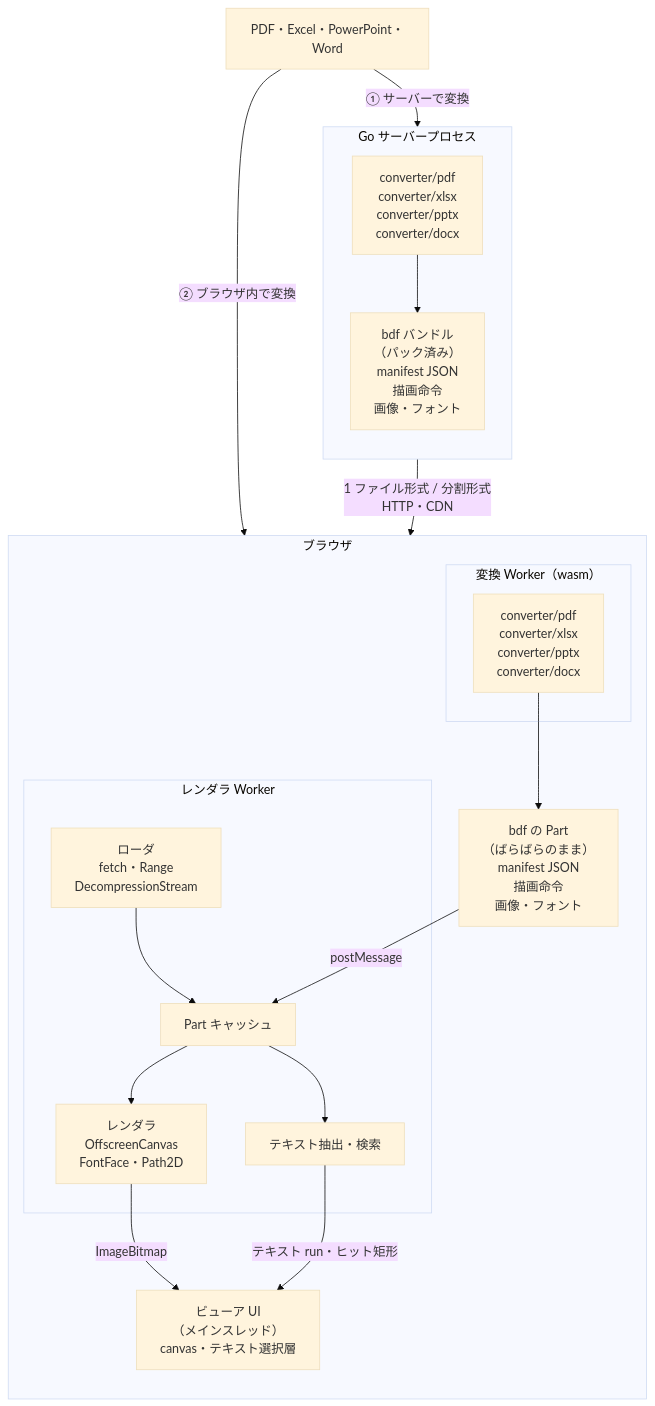
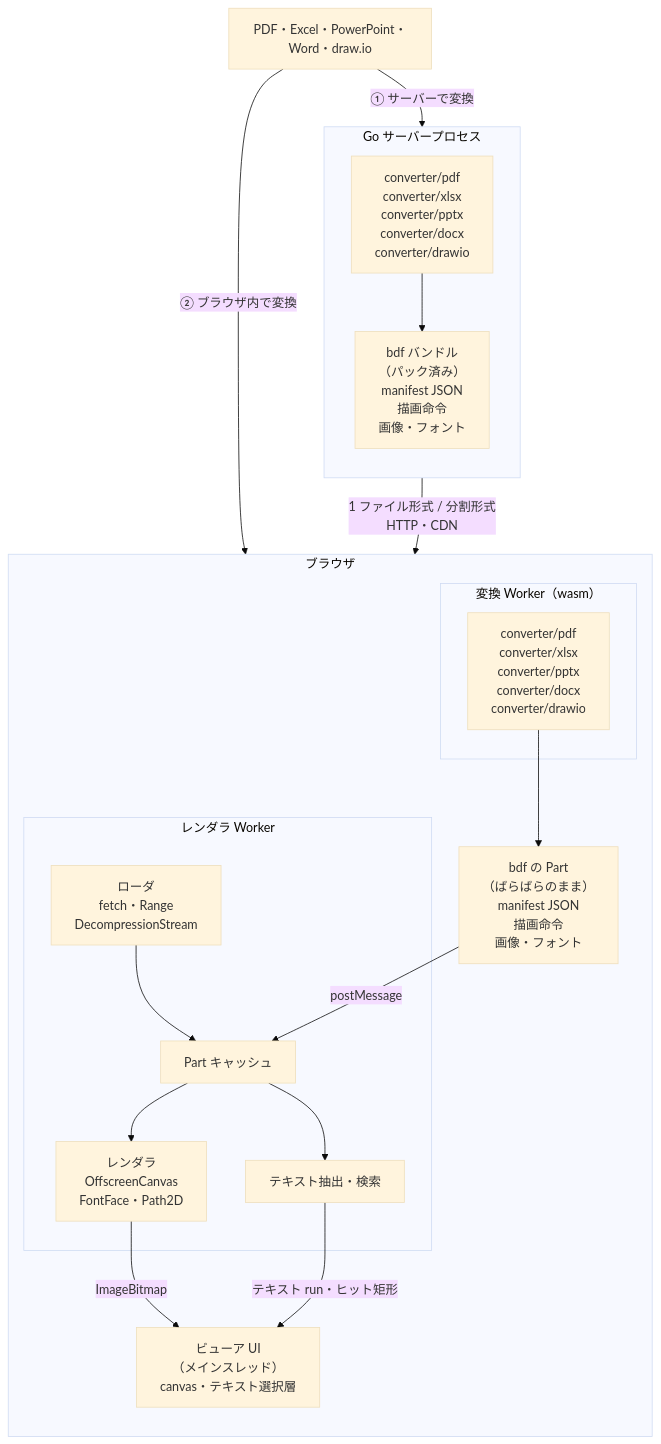
The diagram in README.ja.md (shibukawa/bdf), drawn with Mermaid (base theme) before and after one commit. The commit also changed other lines of this file and 4 other files, not shown here.

Commit message:
docs: draw.io converter, multiple views as sheet-like tabs, #view= links

````diff
--- a/README.ja.md
+++ b/README.ja.md
@@ -11,37 +11,37 @@
 ```mermaid
 flowchart TB
-    SRC["PDF・Excel・PowerPoint・Word"]
+    SRC["PDF・Excel・PowerPoint・Word・draw.io"]
 
     subgraph SERVER["Go サーバープロセス"]
         direction TB
-        SCONV["converter/pdf<br/>converter/xlsx<br/>converter/pptx<br/>converter/docx"]
+        SCONV["converter/pdf<br/>converter/xlsx<br/>converter/pptx<br/>converter/docx<br/>converter/drawio"]
         BUNDLE["bdf バンドル<br/>（パック済み）<br/>manifest JSON<br/>描画命令<br/>画像・フォント"]
         SCONV --> BUNDLE
     end
 
     subgraph BROWSER["ブラウザ"]
         direction TB
         subgraph CWORKER["変換 Worker（wasm）"]
-            WCONV["converter/pdf<br/>converter/xlsx<br/>converter/pptx<br/>converter/docx"]
+            WCONV["converter/pdf<br/>converter/xlsx<br/>converter/pptx<br/>converter/docx<br/>converter/drawio"]
         end
         PARTS["bdf の Part<br/>（ばらばらのまま）<br/>manifest JSON<br/>描画命令<br/>画像・フォント"]
         subgraph RWORKER["レンダラ Worker"]
             LOADER["ローダ<br/>fetch・Range<br/>DecompressionStream"]
             STORE["Part キャッシュ"]
             RENDER["レンダラ<br/>OffscreenCanvas<br/>FontFace・Path2D"]
             TEXT["テキスト抽出・検索"]
             LOADER --> STORE
             STORE --> RENDER
             STORE --> TEXT
         end
         UI["ビューア UI<br/>（メインスレッド）<br/>canvas・テキスト選択層"]
         WCONV --> PARTS
     end
 
     SRC -- "① サーバーで変換" --> SCONV
     SRC -- "② ブラウザ内で変換" --> WCONV
     BUNDLE -- "1 ファイル形式 / 分割形式<br/>HTTP・CDN" --> LOADER
     PARTS -- "postMessage" --> STORE
     RENDER -- "ImageBitmap" --> UI
     TEXT -- "テキスト run・ヒット矩形" --> UI
 ```
````
